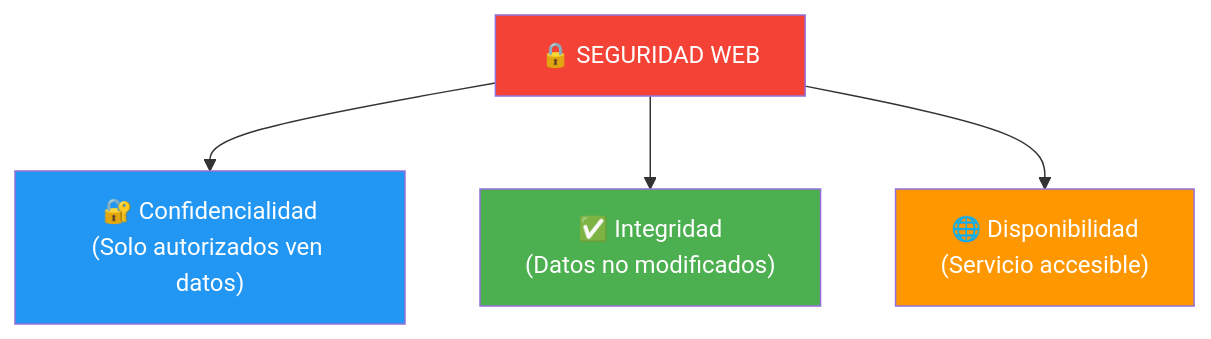
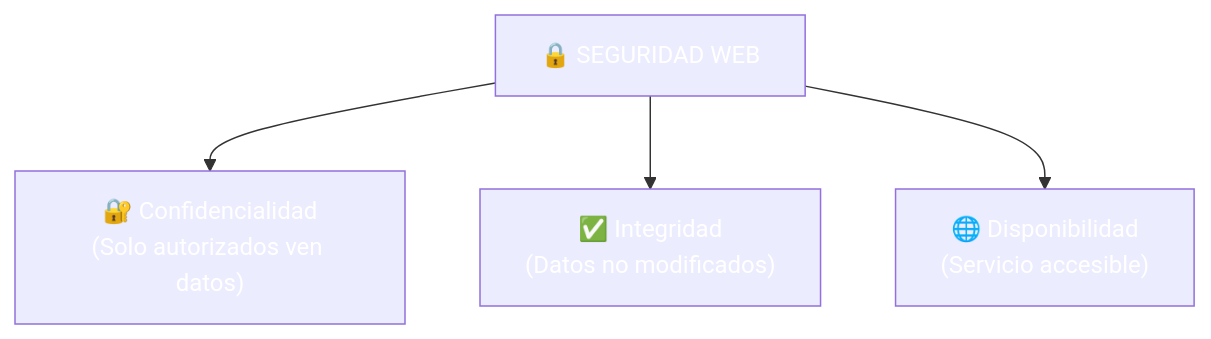
Before and after one commit to joseluisgs/DesarrolloWebEntornosServidor-01-2026-2027: the first of 5 diagrams in 10-seguridad-monitorizacion.md, drawn with Mermaid. The commit also changed other lines of this file and 66 other files, not shown here.

First line of the commit message:
fix: normalizar titulos al castellano de frase y corregir la paleta de mermaid

````diff
--- a/10-seguridad-monitorizacion.md
+++ b/10-seguridad-monitorizacion.md
@@ -37,11 +37,11 @@
 ```mermaid
 graph TD
     S["🔒 SEGURIDAD WEB"] --> C["🔐 Confidencialidad<br/>(Solo autorizados ven datos)"]
     S --> I["✅ Integridad<br/>(Datos no modificados)"]
     S --> D["🌐 Disponibilidad<br/>(Servicio accesible)"]
 
-    style S fill:#f44336,color:#fff
-    style C fill:#2196F3,color:#fff
-    style I fill:#4CAF50,color:#fff
-    style D fill:#FF9800,color:#fff
+    style S fill:#f4433,color:#fff6,color:#fff
+    style C fill:#2196F,color:#fff3,color:#fff
+    style I fill:#4CAF5,color:#fff0,color:#fff
+    style D fill:#FF980,color:#fff0,color:#fff
 ```
````
